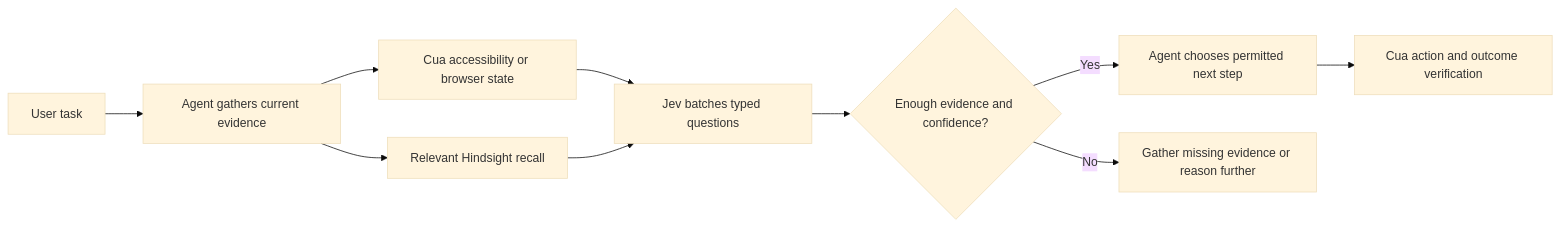
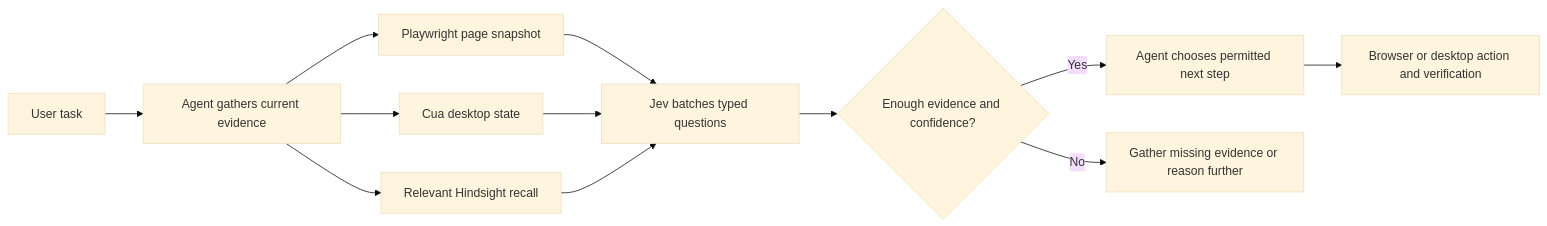
Before and after one commit to ralphschuler/agent-workbench: the diagram in docs/jev.md, drawn with Mermaid (base theme). The commit also changed other lines of this file and 32 other files, not shown here.

````diff
--- a/docs/jev.md
+++ b/docs/jev.md
@@ -96,12 +131,14 @@
 ```mermaid
 flowchart LR
   A[User task] --> B[Agent gathers current evidence]
-  B --> C[Cua accessibility or browser state]
-  B --> D[Relevant Hindsight recall]
+  B --> C[Playwright page snapshot]
+  B --> D[Cua desktop state]
+  B --> M[Relevant Hindsight recall]
   C --> E[Jev batches typed questions]
   D --> E
+  M --> E
   E --> F{Enough evidence and confidence?}
   F -->|Yes| G[Agent chooses permitted next step]
   F -->|No| H[Gather missing evidence or reason further]
-  G --> I[Cua action and outcome verification]
+  G --> I[Browser or desktop action and verification]
 ```
````
